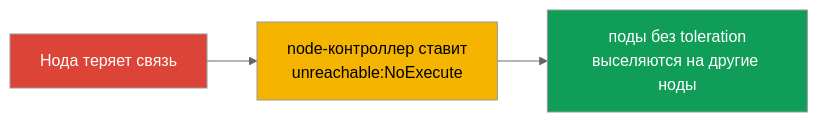
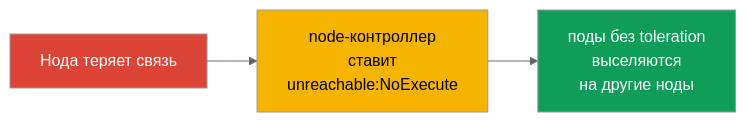
One commit to ViktorUJ/cks changed the fifth of 5 diagrams in tasks/cka/course/13/ru.md. Above: the diagram before and after it, drawn with Mermaid (neutral theme). The commit also changed other lines of this file, not shown here.

````diff
--- a/tasks/cka/course/13/ru.md
+++ b/tasks/cka/course/13/ru.md
@@ -160,8 +161,8 @@
 ```mermaid
 flowchart LR
-    down["Нода теряет связь"] --> taint["node-контроллер ставит<br>unreachable:NoExecute"]
-    taint --> evict["поды без toleration<br>выселяются на другие ноды"]
+    down["Нода теряет связь"] --> taint["node-контроллер<br>ставит<br>unreachable:NoExecute"]
+    taint --> evict["поды без toleration<br>выселяются<br>на другие ноды"]
     style down fill:#db4437,color:#fff
     style taint fill:#f4b400,color:#000
     style evict fill:#0f9d58,color:#fff
 ```
````
